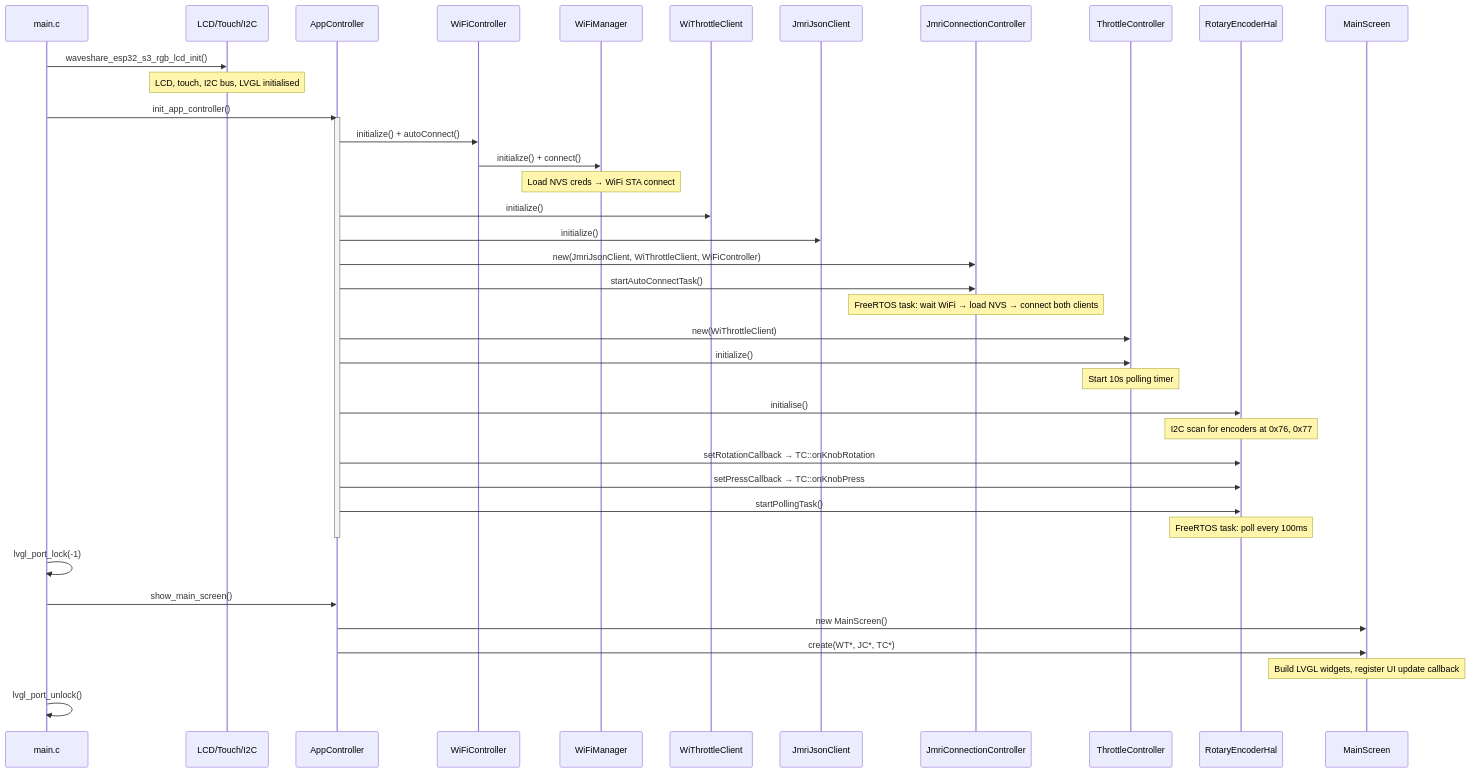
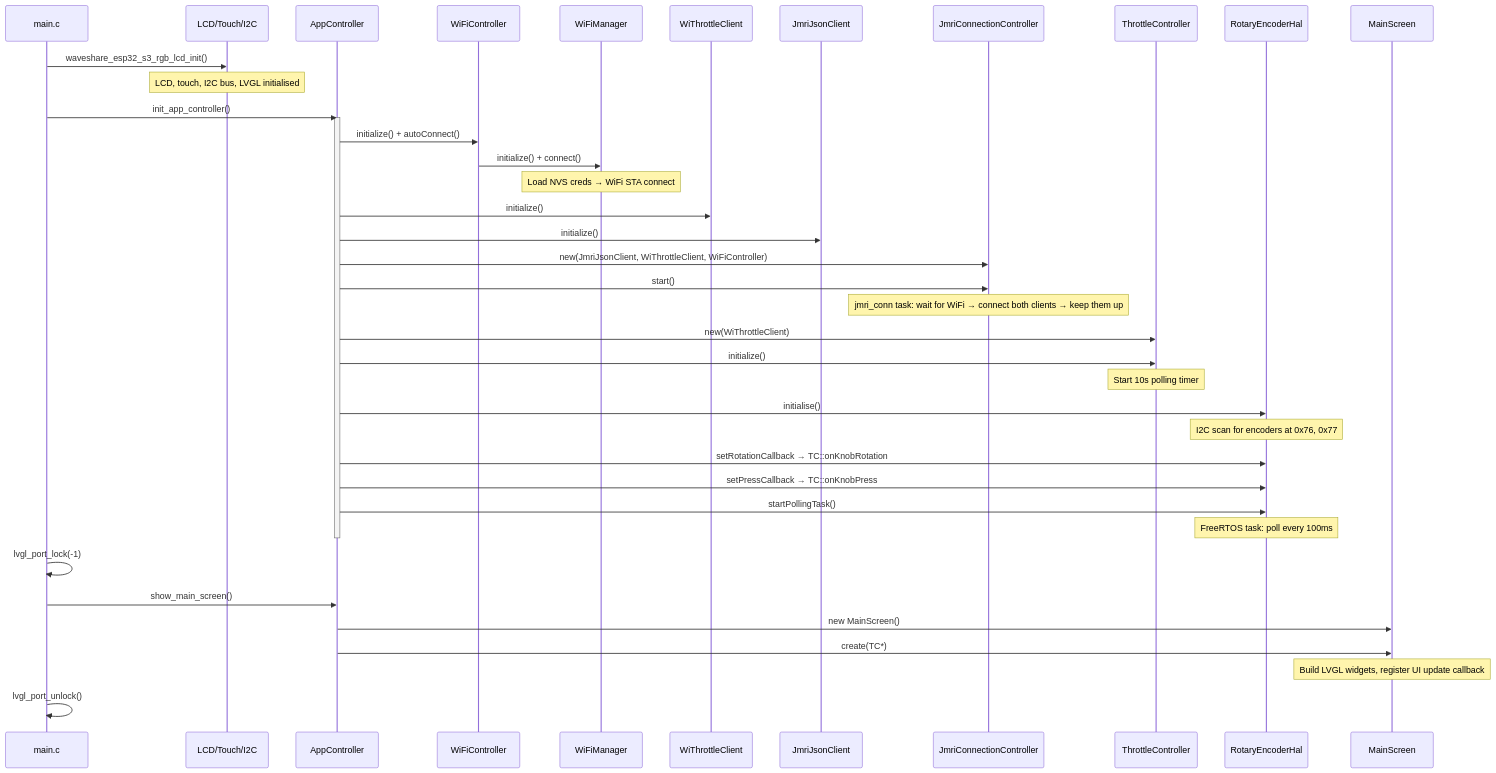
The diagram in docs/flows/STARTUP_FLOW.md (bazauto/esp-layout-controller), drawn with Mermaid before and after one commit. The commit also changed other lines of this file and 18 other files, not shown here.

````diff
--- a/docs/flows/STARTUP_FLOW.md
+++ b/docs/flows/STARTUP_FLOW.md
@@ -5,51 +5,51 @@
 ```mermaid
 sequenceDiagram
     participant main as main.c
     participant HW as LCD/Touch/I2C
     participant AC as AppController
     participant WC as WiFiController
     participant WM as WiFiManager
     participant WT as WiThrottleClient
     participant JC as JmriJsonClient
     participant JCC as JmriConnectionController
     participant TC as ThrottleController
     participant RE as RotaryEncoderHal
     participant MS as MainScreen
 
     main->>HW: waveshare_esp32_s3_rgb_lcd_init()
     Note over HW: LCD, touch, I2C bus, LVGL initialised
 
     main->>AC: init_app_controller()
     activate AC
 
     AC->>WC: initialize() + autoConnect()
     WC->>WM: initialize() + connect()
     Note over WM: Load NVS creds → WiFi STA connect
 
     AC->>WT: initialize()
     AC->>JC: initialize()
 
     AC->>JCC: new(JmriJsonClient, WiThrottleClient, WiFiController)
-    AC->>JCC: startAutoConnectTask()
-    Note over JCC: FreeRTOS task: wait WiFi → load NVS → connect both clients
+    AC->>JCC: start()
+    Note over JCC: jmri_conn task: wait for WiFi → connect both clients → keep them up
 
     AC->>TC: new(WiThrottleClient)
     AC->>TC: initialize()
     Note over TC: Start 10s polling timer
 
     AC->>RE: initialise()
     Note over RE: I2C scan for encoders at 0x76, 0x77
     AC->>RE: setRotationCallback → TC::onKnobRotation
     AC->>RE: setPressCallback → TC::onKnobPress
     AC->>RE: startPollingTask()
     Note over RE: FreeRTOS task: poll every 100ms
 
     deactivate AC
 
     main->>main: lvgl_port_lock(-1)
     main->>AC: show_main_screen()
     AC->>MS: new MainScreen()
-    AC->>MS: create(WT*, JC*, TC*)
+    AC->>MS: create(TC*)
     Note over MS: Build LVGL widgets, register UI update callback
     main->>main: lvgl_port_unlock()
 ```
````
